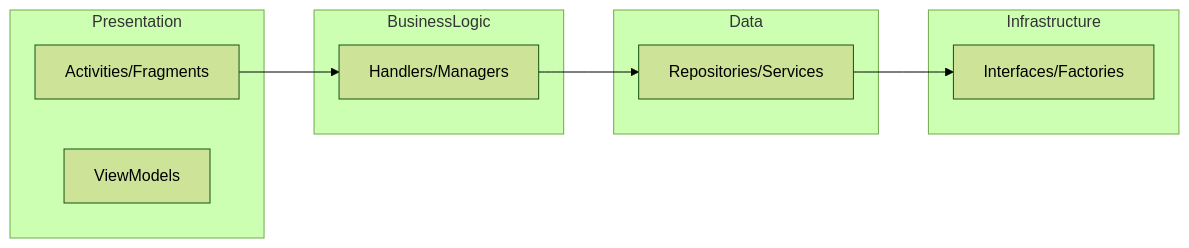
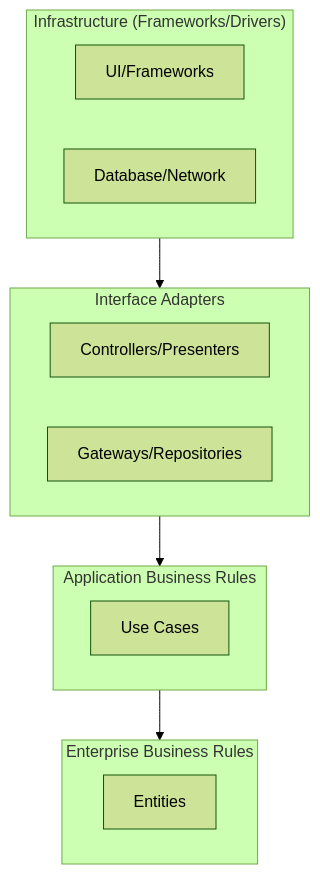
The diagram in docs/SOLID_COMPLIANCE.md (photom/SheepPlayer), drawn with Mermaid (forest theme) before and after one commit. The commit also changed other lines of this file and 6 other files, not shown here.

````diff
--- a/docs/SOLID_COMPLIANCE.md
+++ b/docs/SOLID_COMPLIANCE.md
@@ -58,20 +63,21 @@
 ```mermaid
-graph LR
-    subgraph Presentation
-        UI[Activities/Fragments]
-        VM[ViewModels]
+graph TD
+    subgraph Infrastructure ["Infrastructure (Frameworks/Drivers)"]
+        UI[UI/Frameworks]
+        DB[Database/Network]
     end
-    subgraph BusinessLogic
-        Handlers[Handlers/Managers]
+    subgraph InterfaceAdapters ["Interface Adapters"]
+        Controllers[Controllers/Presenters]
+        Gateways[Gateways/Repositories]
     end
-    subgraph Data
-        Repo[Repositories/Services]
+    subgraph ApplicationBusinessRules ["Application Business Rules"]
+        UseCases[Use Cases]
     end
-    subgraph Infrastructure
-        Infra[Interfaces/Factories]
+    subgraph EnterpriseBusinessRules ["Enterprise Business Rules"]
+        Entities[Entities]
     end
 
-    UI --> Handlers
-    Handlers --> Repo
-    Repo --> Infra
+    Infrastructure --> InterfaceAdapters
+    InterfaceAdapters --> ApplicationBusinessRules
+    ApplicationBusinessRules --> EnterpriseBusinessRules
 ```
````
